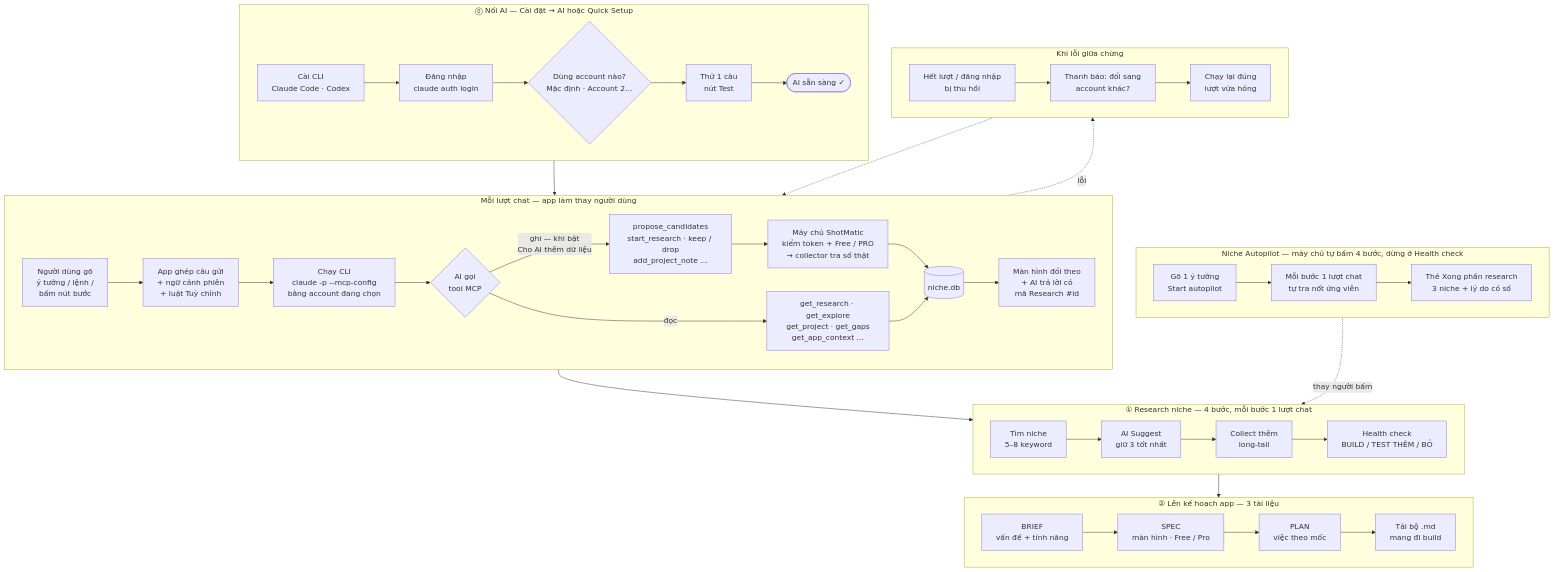
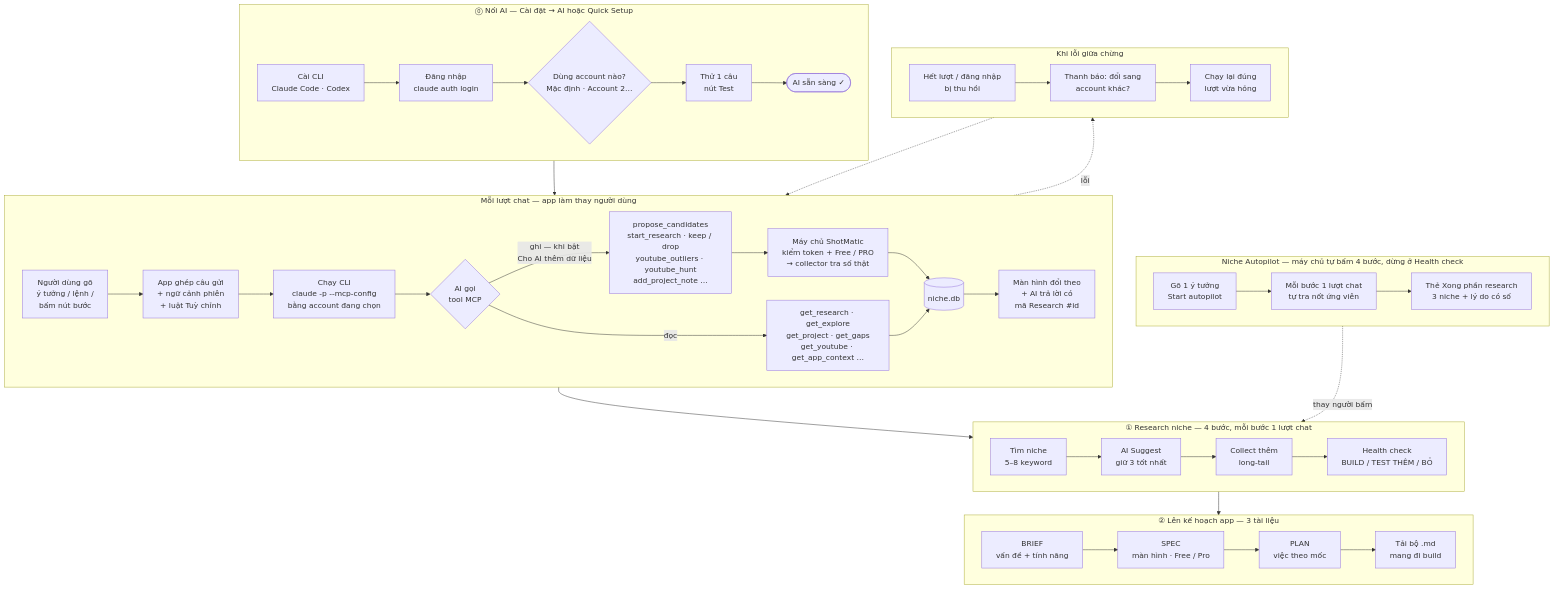
The second of 2 diagrams in docs/so-do-app.md (nvminhtu/niche-radar-docs), drawn with Mermaid before and after one commit. The commit also changed 79 other files, not shown here.

````diff
--- a/docs/so-do-app.md
+++ b/docs/so-do-app.md
@@ -94,50 +94,50 @@
 ```mermaid
 flowchart TB
   subgraph S0[" ⓪ Nối AI — Cài đặt → AI hoặc Quick Setup "]
     direction LR
     I1[Cài CLI<br/>Claude Code · Codex] --> I2[Đăng nhập<br/>claude auth login]
     I2 --> I3{Dùng account nào?<br/>Mặc định · Account 2…}
     I3 --> I4[Thử 1 câu<br/>nút Test]
     I4 --> READY([AI sẵn sàng ✓])
   end
 
   subgraph TURN[" Mỗi lượt chat — app làm thay người dùng "]
     direction LR
     Q[Người dùng gõ<br/>ý tưởng / lệnh /<br/>bấm nút bước] --> CTX[App ghép câu gửi<br/>+ ngữ cảnh phiên<br/>+ luật Tuỳ chỉnh]
     CTX --> RUN[Chạy CLI<br/>claude -p --mcp-config<br/>bằng account đang chọn]
     RUN --> T{AI gọi<br/>tool MCP}
-    T -->|đọc| RT[get_research · get_explore<br/>get_project · get_gaps<br/>get_app_context …]
-    T -->|ghi — khi bật<br/>Cho AI thêm dữ liệu| WT[propose_candidates<br/>start_research · keep / drop<br/>add_project_note …]
+    T -->|đọc| RT[get_research · get_explore<br/>get_project · get_gaps<br/>get_youtube · get_app_context …]
+    T -->|ghi — khi bật<br/>Cho AI thêm dữ liệu| WT[propose_candidates<br/>start_research · keep / drop<br/>youtube_outliers · youtube_hunt<br/>add_project_note …]
     WT --> SV[Máy chủ ShotMatic<br/>kiểm token + Free / PRO<br/>→ collector tra số thật]
     SV --> DBX[(niche.db)]
     RT --> DBX
     DBX --> LIVE[Màn hình đổi theo<br/>+ AI trả lời có<br/>mã Research #id]
   end
 
   subgraph ERR[" Khi lỗi giữa chừng "]
     direction LR
     E1[Hết lượt / đăng nhập<br/>bị thu hồi] --> E2[Thanh báo: đổi sang<br/>account khác?] --> E3[Chạy lại đúng<br/>lượt vừa hỏng]
   end
 
   subgraph S1[" ① Research niche — 4 bước, mỗi bước 1 lượt chat "]
     direction LR
     F1[Tìm niche<br/>5–8 keyword] --> F2[AI Suggest<br/>giữ 3 tốt nhất] --> F3[Collect thêm<br/>long-tail] --> F4[Health check<br/>BUILD / TEST THÊM / BỎ]
   end
 
   subgraph AUTO[" Niche Autopilot — máy chủ tự bấm 4 bước, dừng ở Health check "]
     direction LR
     A1[Gõ 1 ý tưởng<br/>Start autopilot] --> A2[Mỗi bước 1 lượt chat<br/>tự tra nốt ứng viên] --> A3[Thẻ Xong phần research<br/>3 niche + lý do có số]
   end
 
   subgraph S2[" ② Lên kế hoạch app — 3 tài liệu "]
     direction LR
     D1[BRIEF<br/>vấn đề + tính năng] --> D2[SPEC<br/>màn hình · Free / Pro] --> D3[PLAN<br/>việc theo mốc] --> D4[Tải bộ .md<br/>mang đi build]
   end
 
   S0 --> TURN
   TURN -.->|lỗi| ERR
   ERR -.-> TURN
   TURN --> S1
   AUTO -.->|thay người bấm| S1
   S1 --> S2
 ```
````
